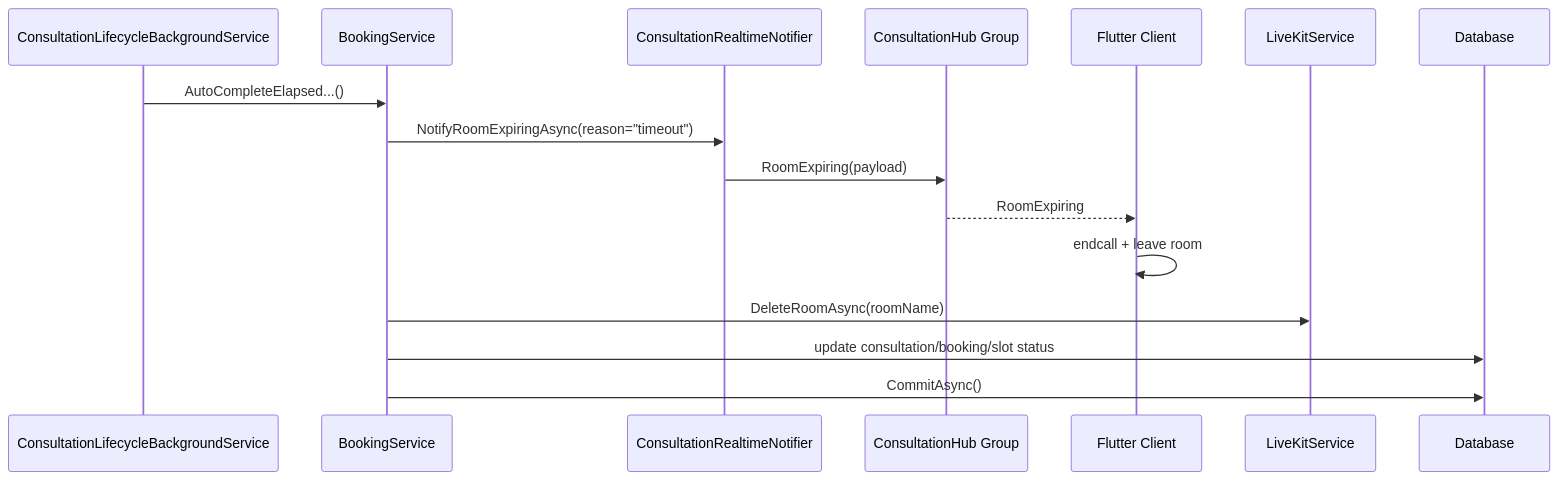
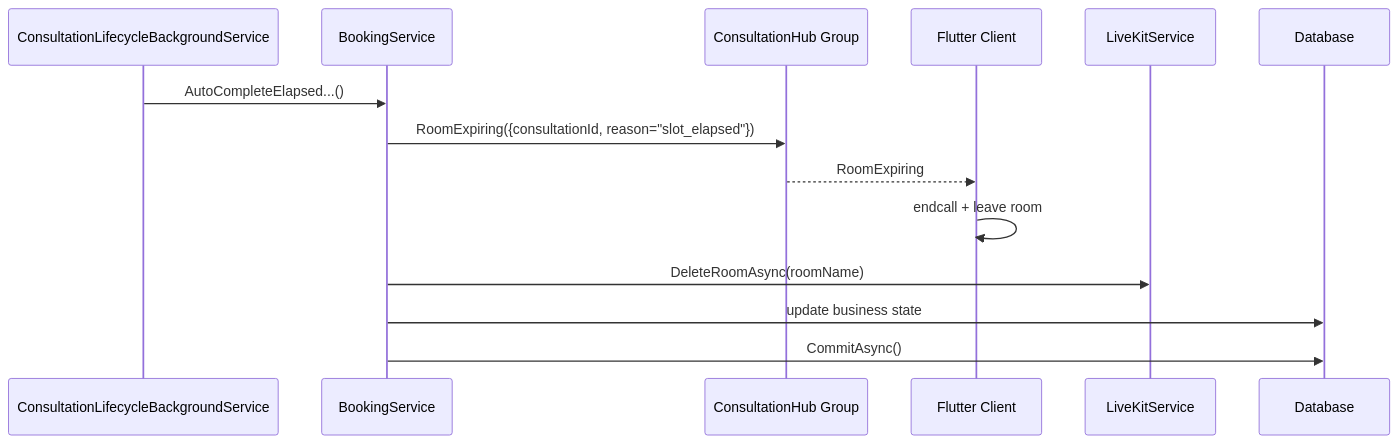
Before and after one commit to Snake-AID/SnakeAid.Docs: the first of 2 diagrams in Docs/05-Backend/02-layers/consultation-endcall-signalr/consultation-endcall-signalr.sourcecode.md, drawn with Mermaid. The commit also changed other lines of this file and 3 other files, not shown here.

First line of the commit message:
docs(consultation-endcall-signalr): align docs with runtime behavior and single RoomExpiring contract

````diff
--- a/Docs/05-Backend/02-layers/consultation-endcall-signalr/consultation-endcall-signalr.sourcecode.md
+++ b/Docs/05-Backend/02-layers/consultation-endcall-signalr/consultation-endcall-signalr.sourcecode.md
@@ -126,19 +155,17 @@
 ```mermaid
 sequenceDiagram
     participant BG as ConsultationLifecycleBackgroundService
     participant Booking as BookingService
-    participant Notify as ConsultationRealtimeNotifier
     participant Hub as ConsultationHub Group
     participant Flutter as Flutter Client
     participant LiveKit as LiveKitService
     participant DB as Database
 
     BG->>Booking: AutoCompleteElapsed...()
-    Booking->>Notify: NotifyRoomExpiringAsync(reason="timeout")
-    Notify->>Hub: RoomExpiring(payload)
+    Booking->>Hub: RoomExpiring({consultationId, reason="slot_elapsed"})
     Hub-->>Flutter: RoomExpiring
     Flutter->>Flutter: endcall + leave room
     Booking->>LiveKit: DeleteRoomAsync(roomName)
-    Booking->>DB: update consultation/booking/slot status
+    Booking->>DB: update business state
     Booking->>DB: CommitAsync()
 ```
````
